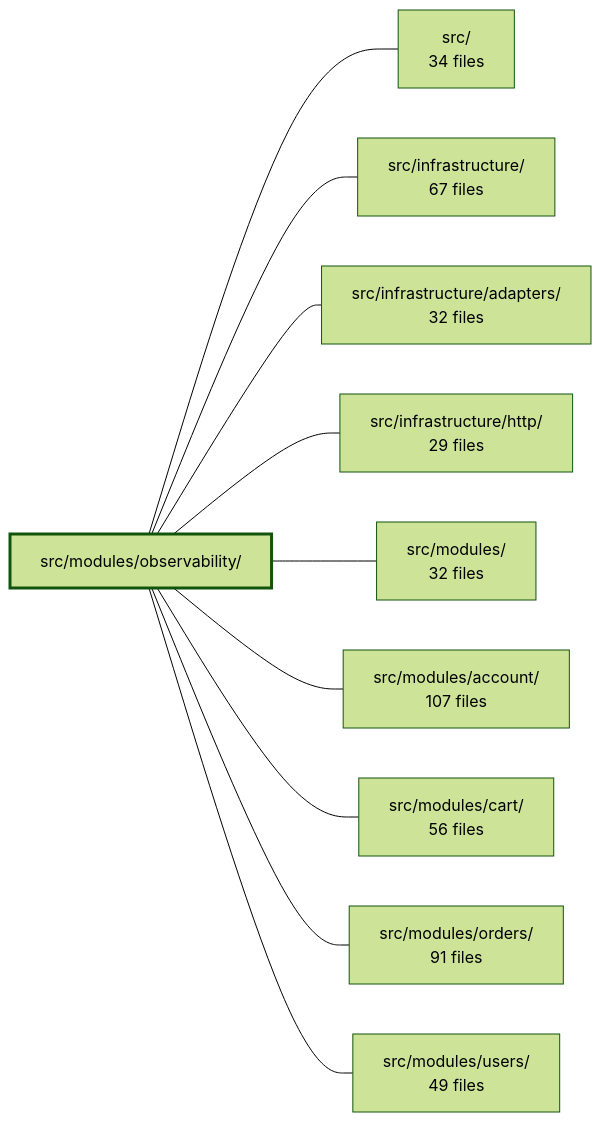
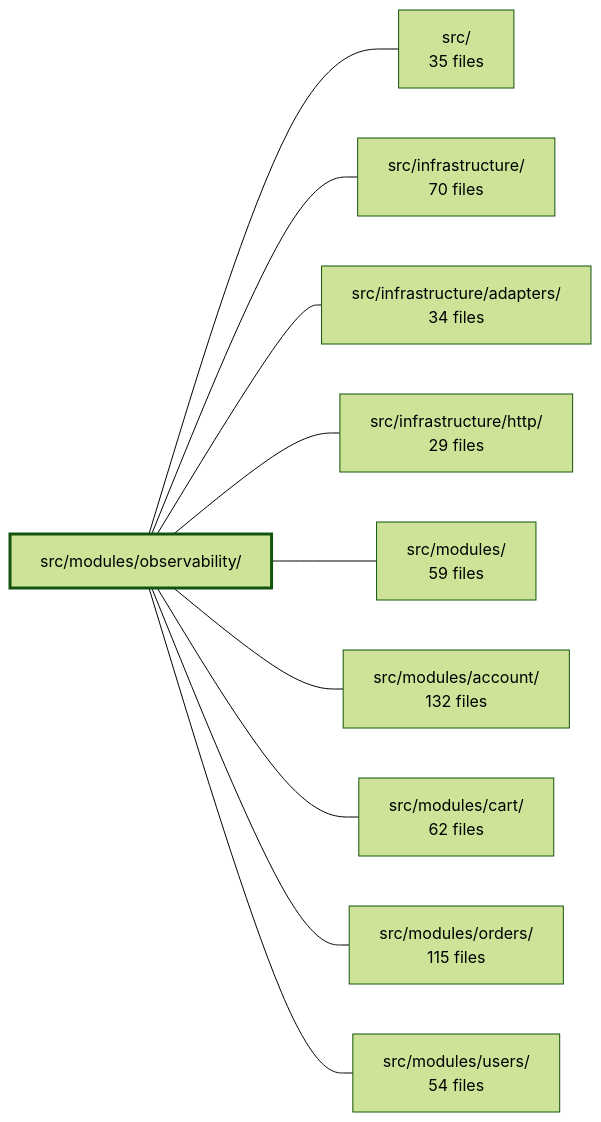
The diagram in .2brain/modules/boilerplate-node-backend_src_modules_observability.md (Guebbit/boilerplate-node-backend), drawn with Mermaid (forest theme) before and after one commit. The commit also changed other lines of this file and 627 other files, not shown here.

````diff
--- a/.2brain/modules/boilerplate-node-backend_src_modules_observability.md
+++ b/.2brain/modules/boilerplate-node-backend_src_modules_observability.md
@@ -41,23 +41,23 @@
 ```mermaid
 flowchart LR
     m_src_modules_observability["src/modules/observability/"]
-    m_src["src/<br/>34 files"]
-    m_src_infrastructure["src/infrastructure/<br/>67 files"]
-    m_src_infrastructure_adapters["src/infrastructure/adapters/<br/>32 files"]
+    m_src["src/<br/>35 files"]
+    m_src_infrastructure["src/infrastructure/<br/>70 files"]
+    m_src_infrastructure_adapters["src/infrastructure/adapters/<br/>34 files"]
     m_src_infrastructure_http["src/infrastructure/http/<br/>29 files"]
-    m_src_modules["src/modules/<br/>32 files"]
-    m_src_modules_account["src/modules/account/<br/>107 files"]
-    m_src_modules_cart["src/modules/cart/<br/>56 files"]
-    m_src_modules_orders["src/modules/orders/<br/>91 files"]
-    m_src_modules_users["src/modules/users/<br/>49 files"]
+    m_src_modules["src/modules/<br/>59 files"]
+    m_src_modules_account["src/modules/account/<br/>132 files"]
+    m_src_modules_cart["src/modules/cart/<br/>62 files"]
+    m_src_modules_orders["src/modules/orders/<br/>115 files"]
+    m_src_modules_users["src/modules/users/<br/>54 files"]
     m_src_modules_observability --- m_src
     m_src_modules_observability --- m_src_infrastructure
     m_src_modules_observability --- m_src_infrastructure_adapters
     m_src_modules_observability --- m_src_infrastructure_http
     m_src_modules_observability --- m_src_modules
     m_src_modules_observability --- m_src_modules_account
     m_src_modules_observability --- m_src_modules_cart
     m_src_modules_observability --- m_src_modules_orders
     m_src_modules_observability --- m_src_modules_users
     style m_src_modules_observability stroke-width:3px
 ```
````
